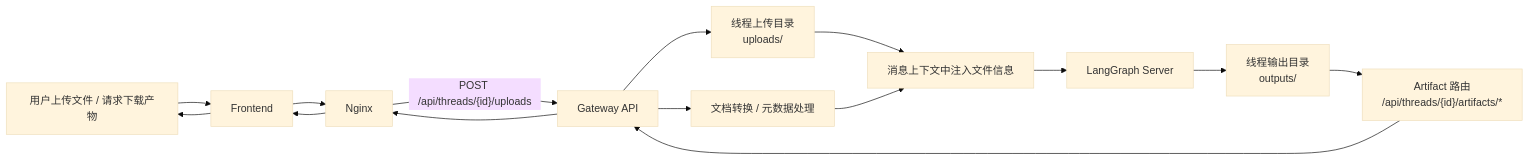
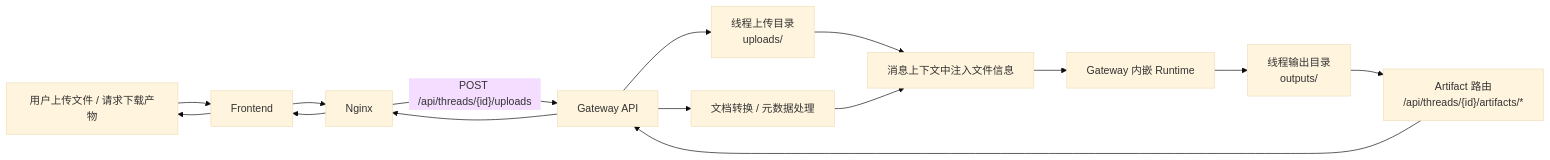
One commit to bytedance/deer-flow changed the third of 10 diagrams in docs/DeerFlow 内部工程培训与开发手册.md. Above: the diagram before and after it, drawn with Mermaid (base theme). The commit also changed other lines of this file and 11 other files, not shown here.

````diff
--- a/docs/DeerFlow 内部工程培训与开发手册.md
+++ b/docs/DeerFlow 内部工程培训与开发手册.md
@@ -237,31 +231,31 @@
 ```mermaid
 flowchart LR
     U["用户上传文件 / 请求下载产物"]
     F["Frontend"]
     N["Nginx"]
     G["Gateway API"]
     Upload["线程上传目录
 uploads/"]
     Convert["文档转换 / 元数据处理"]
-    L["LangGraph Server"]
+    Runtime["Gateway 内嵌 Runtime"]
     Context["消息上下文中注入文件信息"]
     Output["线程输出目录
 outputs/"]
     Artifact["Artifact 路由
 /api/threads/{id}/artifacts/*"]
 
     U --> F
     F --> N
     N -->|"POST /api/threads/{id}/uploads"| G
     G --> Upload
     G --> Convert
     Upload --> Context
     Convert --> Context
-    Context --> L
-    L --> Output
+    Context --> Runtime
+    Runtime --> Output
     Output --> Artifact
     Artifact --> G
     G --> N
     N --> F
     F --> U
 ```
````
